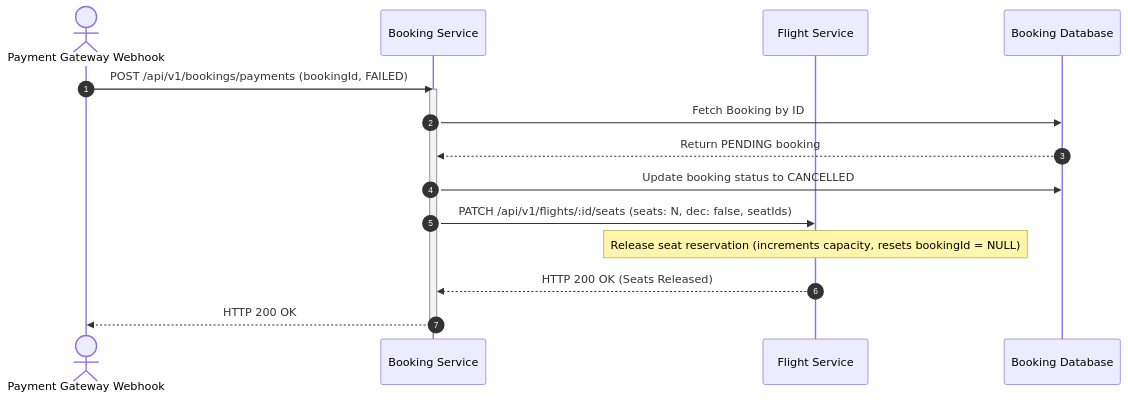
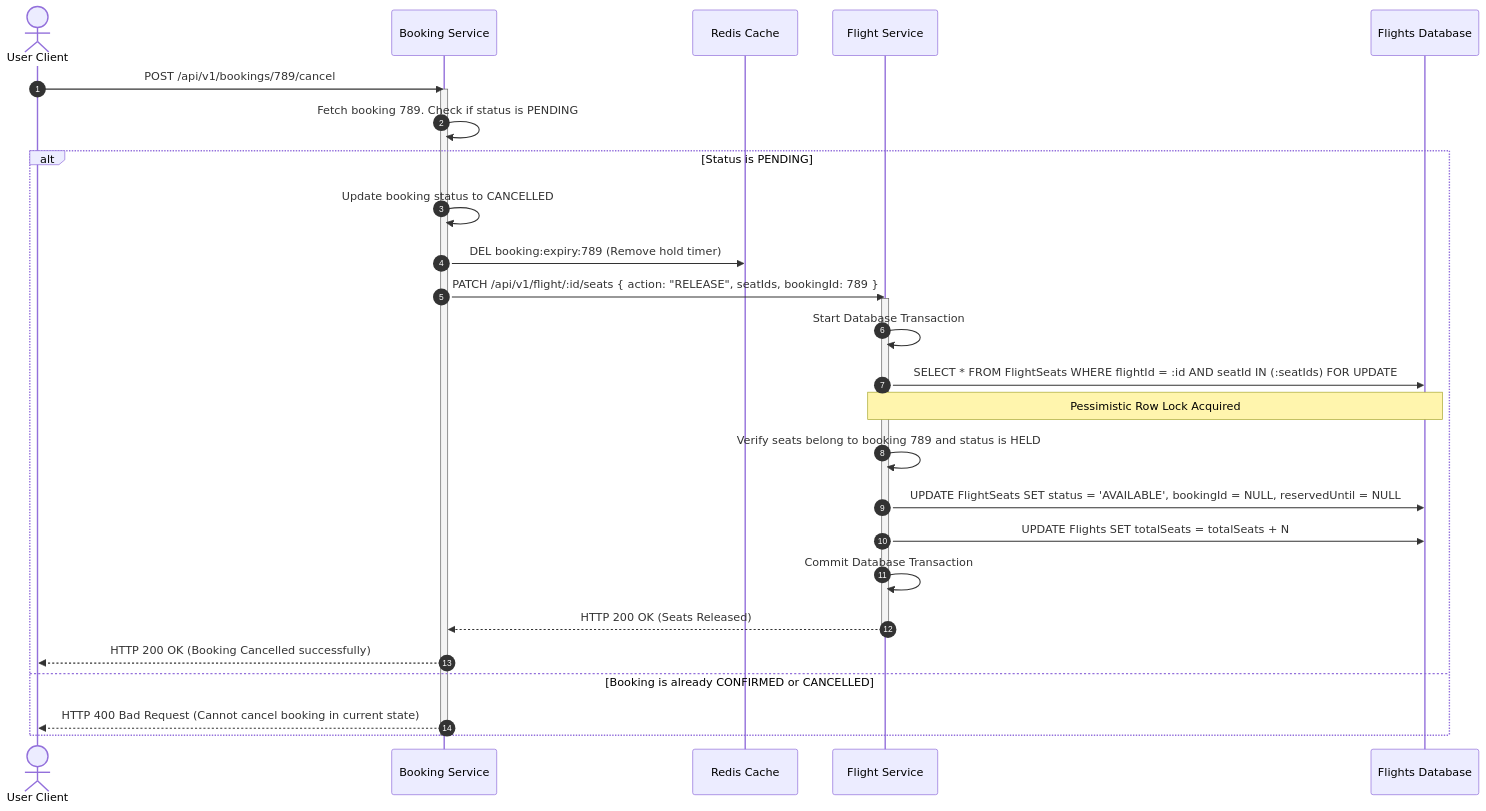
Before and after one commit to 0xpritam/Base-Node-Project-Template: the fourth of 6 diagrams in docs/SEQUENCE_DIAGRAMS.md, drawn with Mermaid. The commit also changed other lines of this file and 65 other files, not shown here.

Commit message:
feat: complete booking service saga orchestration with Redis expiration

````diff
--- a/docs/SEQUENCE_DIAGRAMS.md
+++ b/docs/SEQUENCE_DIAGRAMS.md
@@ -97,19 +154,35 @@
 ```mermaid
 sequenceDiagram
     autonumber
-    actor Gateway as Payment Gateway Webhook
+    actor Client as User Client
     participant BS as Booking Service
+    participant Redis as Redis Cache
     participant FS as Flight Service
-    participant BDB as Booking Database
+    participant DB as Flights Database
 
-    Gateway ->> BS: POST /api/v1/bookings/payments (bookingId, FAILED)
+    Client ->> BS: POST /api/v1/bookings/789/cancel
     activate BS
-    BS ->> BDB: Fetch Booking by ID
-    BDB -->> BS: Return PENDING booking
-    BS ->> BDB: Update booking status to CANCELLED
-    BS ->> FS: PATCH /api/v1/flights/:id/seats (seats: N, dec: false, seatIds)
-    Note over FS: Release seat reservation (increments capacity, resets bookingId = NULL)
-    FS -->> BS: HTTP 200 OK (Seats Released)
-    BS -->> Gateway: HTTP 200 OK
+    BS ->> BS: Fetch booking 789. Check if status is PENDING
+    
+    alt Status is PENDING
+        BS ->> BS: Update booking status to CANCELLED
+        BS ->> Redis: DEL booking:expiry:789 (Remove hold timer)
+        
+        BS ->> FS: PATCH /api/v1/flight/:id/seats { action: "RELEASE", seatIds, bookingId: 789 }
+        activate FS
+        FS ->> FS: Start Database Transaction
+        FS ->> DB: SELECT * FROM FlightSeats WHERE flightId = :id AND seatId IN (:seatIds) FOR UPDATE;
+        Note over FS,DB: Pessimistic Row Lock Acquired
+        FS ->> FS: Verify seats belong to booking 789 and status is HELD
+        FS ->> DB: UPDATE FlightSeats SET status = 'AVAILABLE', bookingId = NULL, reservedUntil = NULL
+        FS ->> DB: UPDATE Flights SET totalSeats = totalSeats + N
+        FS ->> FS: Commit Database Transaction
+        FS -->> BS: HTTP 200 OK (Seats Released)
+        deactivate FS
+        
+        BS -->> Client: HTTP 200 OK (Booking Cancelled successfully)
+    else Booking is already CONFIRMED or CANCELLED
+        BS -->> Client: HTTP 400 Bad Request (Cannot cancel booking in current state)
+    end
     deactivate BS
 ```
````
